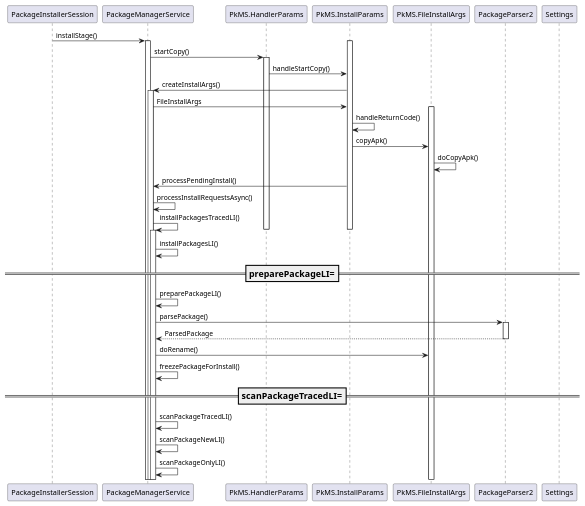
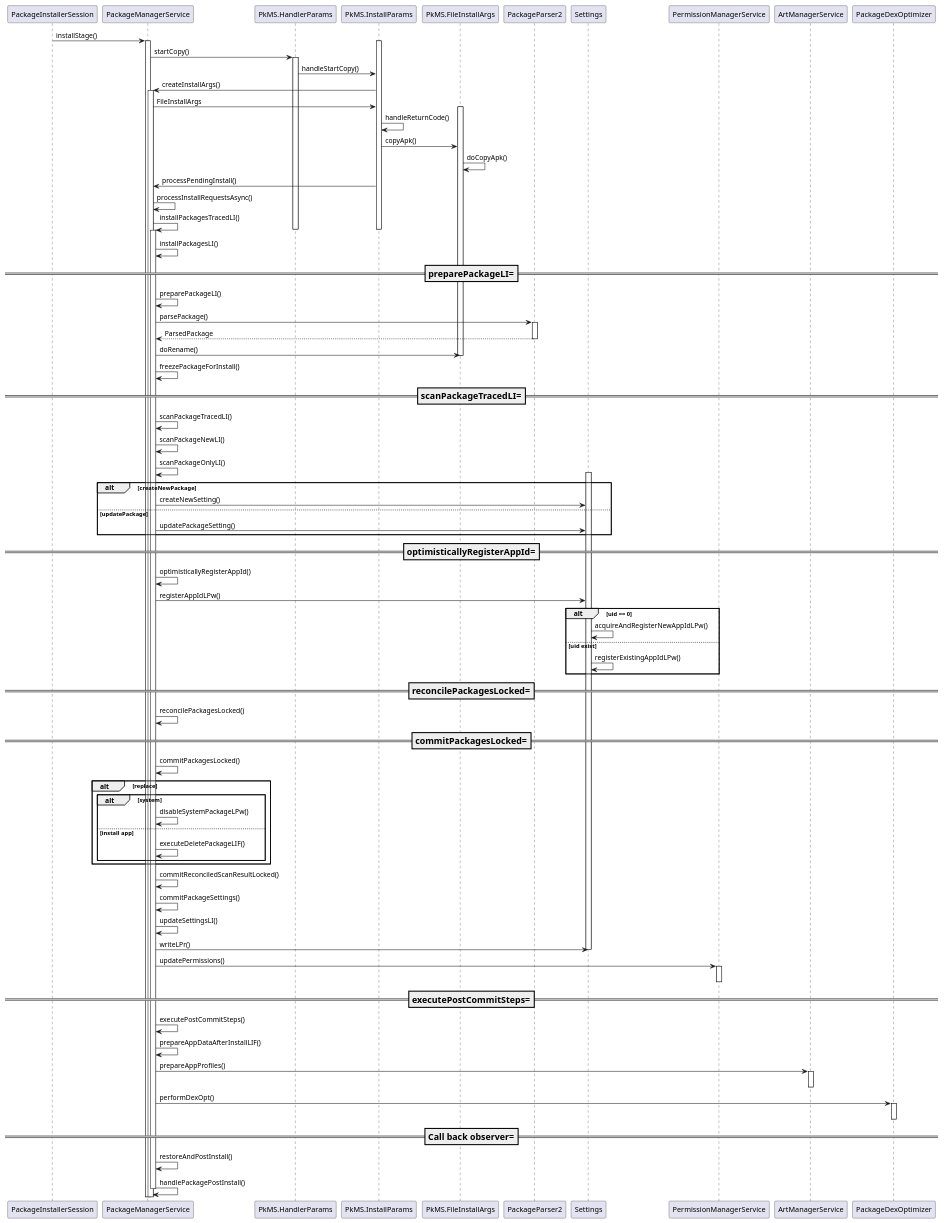
Before and after one commit to PJH0x0/aosp-analyze: the diagram in android-R/pkms/install-package/add-package-to-system/uml/install-package-sequence.puml, drawn with PlantUML. The commit also changed 3 other files, not shown here.

Commit message:
<20210708><Update install package sequence uml>

```diff
--- a/android-R/pkms/install-package/add-package-to-system/uml/install-package-sequence.puml
+++ b/android-R/pkms/install-package/add-package-to-system/uml/install-package-sequence.puml
@@ -1,35 +1,78 @@
 @startuml
 participant PackageInstallerSession as pis
 participant PackageManagerService as pkms
 participant PkMS.HandlerParams as hp
 participant PkMS.InstallParams as ip
 participant PkMS.FileInstallArgs as fia
 participant PackageParser2 as pp2
 participant Settings as s
 pis -> pkms++ : installStage()
 activate ip
 pkms -> hp++ : startCopy()
 hp -> ip : handleStartCopy()
 ip -> pkms++ : createInstallArgs()
 pkms -> ip : FileInstallArgs
 activate fia
 ip -> ip : handleReturnCode()
 ip -> fia : copyApk()
 fia -> fia : doCopyApk()
 ip -> pkms : processPendingInstall()
 pkms -> pkms : processInstallRequestsAsync()
 pkms -> pkms++ : installPackagesTracedLI()
 deactivate hp
 deactivate ip
 pkms -> pkms : installPackagesLI()
 ===preparePackageLI===
 pkms -> pkms : preparePackageLI()
 pkms -> pp2++ : parsePackage()
 return ParsedPackage
 pkms->fia : doRename()
+deactivate fia
 pkms->pkms : freezePackageForInstall()
 ===scanPackageTracedLI===
 pkms->pkms : scanPackageTracedLI()
 pkms->pkms : scanPackageNewLI()
 pkms->pkms : scanPackageOnlyLI()
+activate s
+alt createNewPackage
+    pkms->s : createNewSetting()
+else updatePackage
+    pkms->s : updatePackageSetting()
+end
+===optimisticallyRegisterAppId===
+pkms->pkms : optimisticallyRegisterAppId()
+pkms->s : registerAppIdLPw()
+alt uid == 0
+    s->s : acquireAndRegisterNewAppIdLPw()
+else uid exist
+    s->s : registerExistingAppIdLPw()
+end
+===reconcilePackagesLocked===
+pkms->pkms : reconcilePackagesLocked()
+===commitPackagesLocked===
+pkms->pkms : commitPackagesLocked()
+alt replace
+    alt system
+        pkms->pkms : disableSystemPackageLPw()
+    else install app
+        pkms->pkms : executeDeletePackageLIF()
+    end
+end
+pkms->pkms : commitReconciledScanResultLocked()
+pkms->pkms : commitPackageSettings()
+pkms->pkms : updateSettingsLI()
+pkms->s : writeLPr()
+deactivate s
+pkms->PermissionManagerService++ : updatePermissions()
+deactivate PermissionManagerService
+===executePostCommitSteps===
+pkms->pkms : executePostCommitSteps()
+pkms->pkms : prepareAppDataAfterInstallLIF()
+pkms->ArtManagerService++ : prepareAppProfiles()
+deactivate ArtManagerService
+pkms->PackageDexOptimizer++ : performDexOpt()
+deactivate PackageDexOptimizer
+===Call back observer===
+pkms->pkms : restoreAndPostInstall()
+pkms->pkms-- : handlePackagePostInstall()
 @enduml
```
